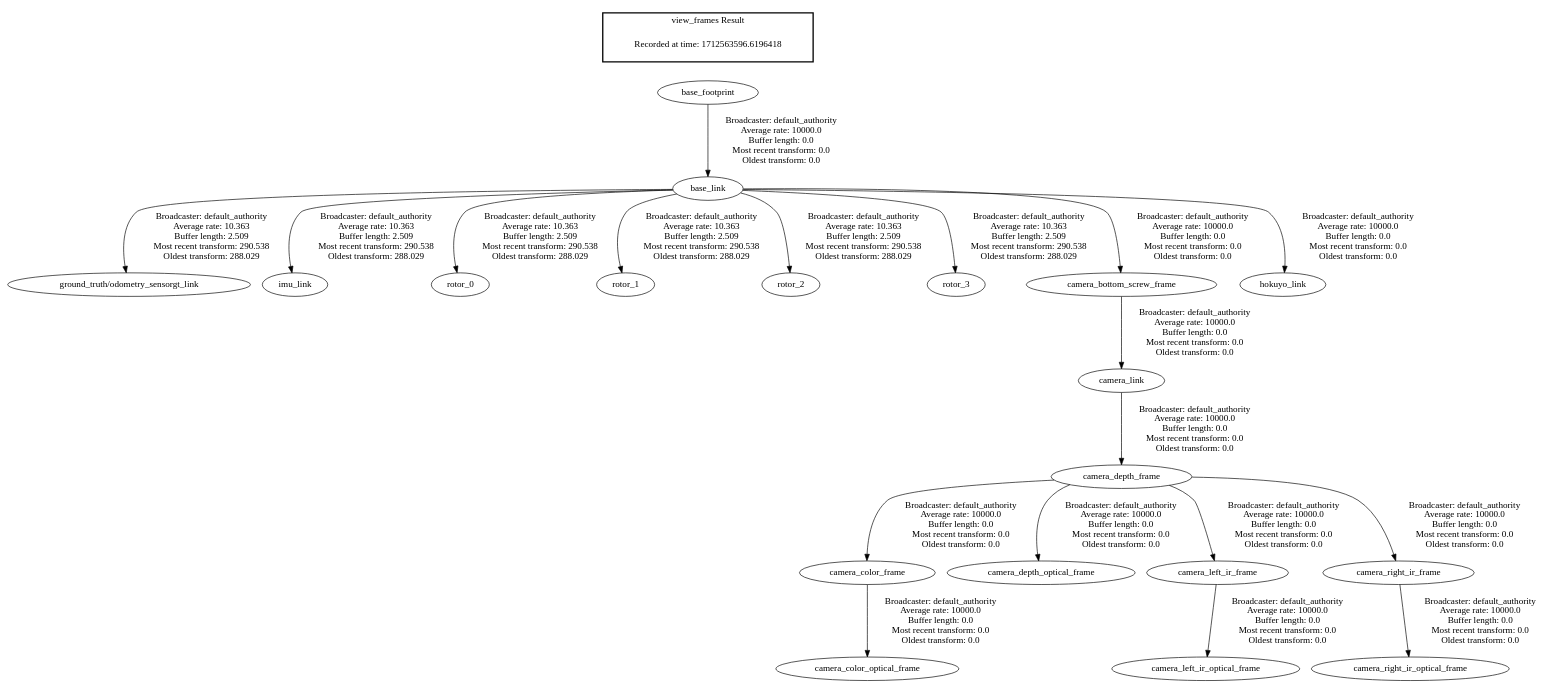
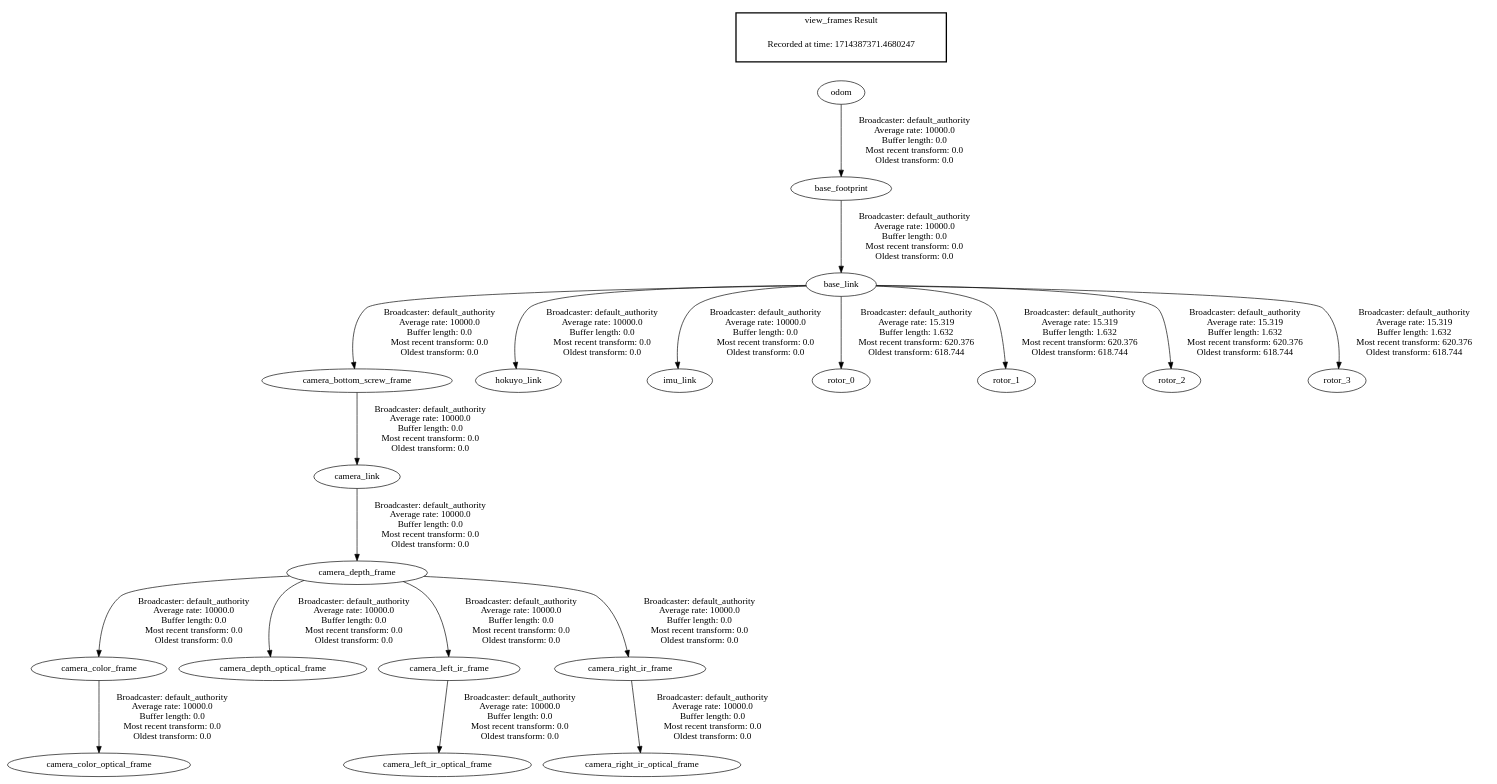
The diagram in frames.gv (MrNemi/uav_ws), drawn with Graphviz before and after one commit. The commit also changed 4686 other files, not shown here.

```diff
--- a/frames.gv
+++ b/frames.gv
@@ -1,24 +1,24 @@
 digraph G {
-"base_link" -> "ground_truth/odometry_sensorgt_link"[label=" Broadcaster: default_authority\nAverage rate: 10.363\nBuffer length: 2.509\nMost recent transform: 290.538\nOldest transform: 288.029\n"];
 "base_footprint" -> "base_link"[label=" Broadcaster: default_authority\nAverage rate: 10000.0\nBuffer length: 0.0\nMost recent transform: 0.0\nOldest transform: 0.0\n"];
-"base_link" -> "imu_link"[label=" Broadcaster: default_authority\nAverage rate: 10.363\nBuffer length: 2.509\nMost recent transform: 290.538\nOldest transform: 288.029\n"];
-"base_link" -> "rotor_0"[label=" Broadcaster: default_authority\nAverage rate: 10.363\nBuffer length: 2.509\nMost recent transform: 290.538\nOldest transform: 288.029\n"];
-"base_link" -> "rotor_1"[label=" Broadcaster: default_authority\nAverage rate: 10.363\nBuffer length: 2.509\nMost recent transform: 290.538\nOldest transform: 288.029\n"];
-"base_link" -> "rotor_2"[label=" Broadcaster: default_authority\nAverage rate: 10.363\nBuffer length: 2.509\nMost recent transform: 290.538\nOldest transform: 288.029\n"];
-"base_link" -> "rotor_3"[label=" Broadcaster: default_authority\nAverage rate: 10.363\nBuffer length: 2.509\nMost recent transform: 290.538\nOldest transform: 288.029\n"];
+"odom" -> "base_footprint"[label=" Broadcaster: default_authority\nAverage rate: 10000.0\nBuffer length: 0.0\nMost recent transform: 0.0\nOldest transform: 0.0\n"];
 "camera_depth_frame" -> "camera_color_frame"[label=" Broadcaster: default_authority\nAverage rate: 10000.0\nBuffer length: 0.0\nMost recent transform: 0.0\nOldest transform: 0.0\n"];
 "camera_link" -> "camera_depth_frame"[label=" Broadcaster: default_authority\nAverage rate: 10000.0\nBuffer length: 0.0\nMost recent transform: 0.0\nOldest transform: 0.0\n"];
 "camera_color_frame" -> "camera_color_optical_frame"[label=" Broadcaster: default_authority\nAverage rate: 10000.0\nBuffer length: 0.0\nMost recent transform: 0.0\nOldest transform: 0.0\n"];
 "camera_bottom_screw_frame" -> "camera_link"[label=" Broadcaster: default_authority\nAverage rate: 10000.0\nBuffer length: 0.0\nMost recent transform: 0.0\nOldest transform: 0.0\n"];
 "camera_depth_frame" -> "camera_depth_optical_frame"[label=" Broadcaster: default_authority\nAverage rate: 10000.0\nBuffer length: 0.0\nMost recent transform: 0.0\nOldest transform: 0.0\n"];
 "base_link" -> "camera_bottom_screw_frame"[label=" Broadcaster: default_authority\nAverage rate: 10000.0\nBuffer length: 0.0\nMost recent transform: 0.0\nOldest transform: 0.0\n"];
 "camera_depth_frame" -> "camera_left_ir_frame"[label=" Broadcaster: default_authority\nAverage rate: 10000.0\nBuffer length: 0.0\nMost recent transform: 0.0\nOldest transform: 0.0\n"];
 "camera_left_ir_frame" -> "camera_left_ir_optical_frame"[label=" Broadcaster: default_authority\nAverage rate: 10000.0\nBuffer length: 0.0\nMost recent transform: 0.0\nOldest transform: 0.0\n"];
 "camera_depth_frame" -> "camera_right_ir_frame"[label=" Broadcaster: default_authority\nAverage rate: 10000.0\nBuffer length: 0.0\nMost recent transform: 0.0\nOldest transform: 0.0\n"];
 "camera_right_ir_frame" -> "camera_right_ir_optical_frame"[label=" Broadcaster: default_authority\nAverage rate: 10000.0\nBuffer length: 0.0\nMost recent transform: 0.0\nOldest transform: 0.0\n"];
 "base_link" -> "hokuyo_link"[label=" Broadcaster: default_authority\nAverage rate: 10000.0\nBuffer length: 0.0\nMost recent transform: 0.0\nOldest transform: 0.0\n"];
+"base_link" -> "imu_link"[label=" Broadcaster: default_authority\nAverage rate: 10000.0\nBuffer length: 0.0\nMost recent transform: 0.0\nOldest transform: 0.0\n"];
+"base_link" -> "rotor_0"[label=" Broadcaster: default_authority\nAverage rate: 15.319\nBuffer length: 1.632\nMost recent transform: 620.376\nOldest transform: 618.744\n"];
+"base_link" -> "rotor_1"[label=" Broadcaster: default_authority\nAverage rate: 15.319\nBuffer length: 1.632\nMost recent transform: 620.376\nOldest transform: 618.744\n"];
+"base_link" -> "rotor_2"[label=" Broadcaster: default_authority\nAverage rate: 15.319\nBuffer length: 1.632\nMost recent transform: 620.376\nOldest transform: 618.744\n"];
+"base_link" -> "rotor_3"[label=" Broadcaster: default_authority\nAverage rate: 15.319\nBuffer length: 1.632\nMost recent transform: 620.376\nOldest transform: 618.744\n"];
 edge [style=invis];
  subgraph cluster_legend { style=bold; color=black; label ="view_frames Result";
-"Recorded at time: 1712563596.6196418"[ shape=plaintext ] ;
-}->"base_footprint";
+"Recorded at time: 1714387371.4680247"[ shape=plaintext ] ;
+}->"odom";
 }
```
